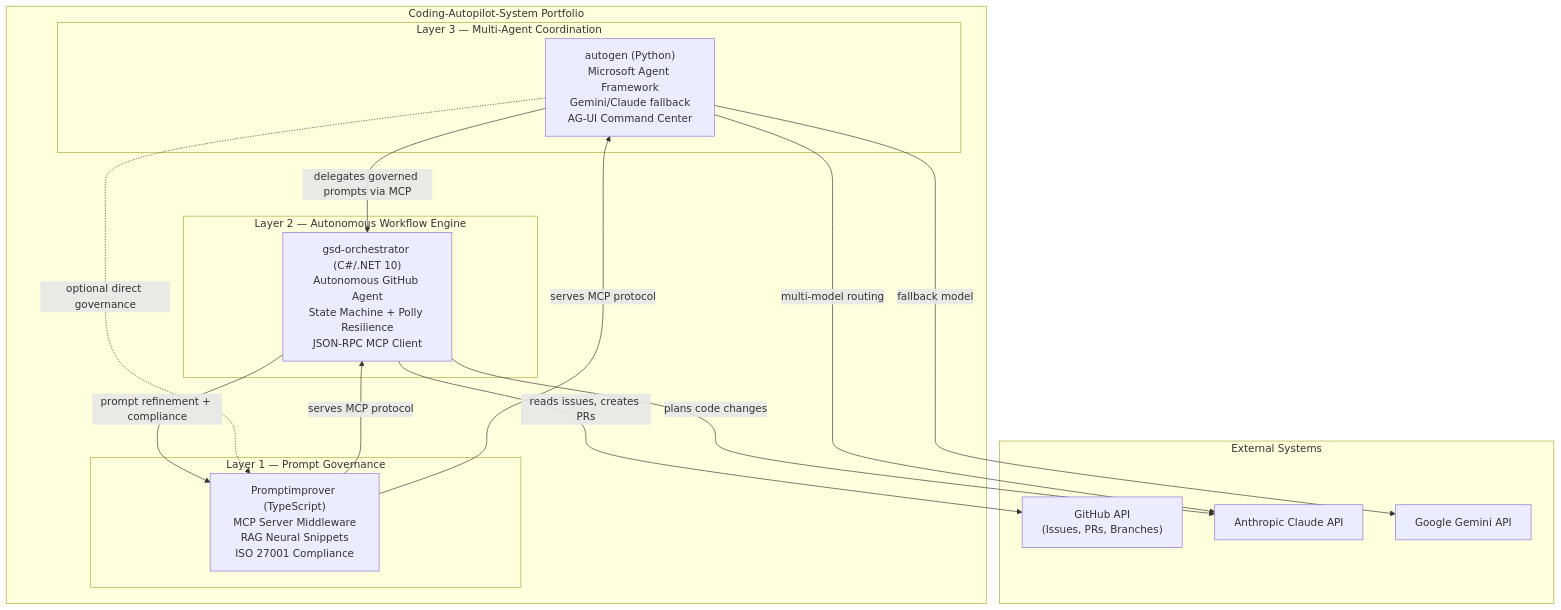
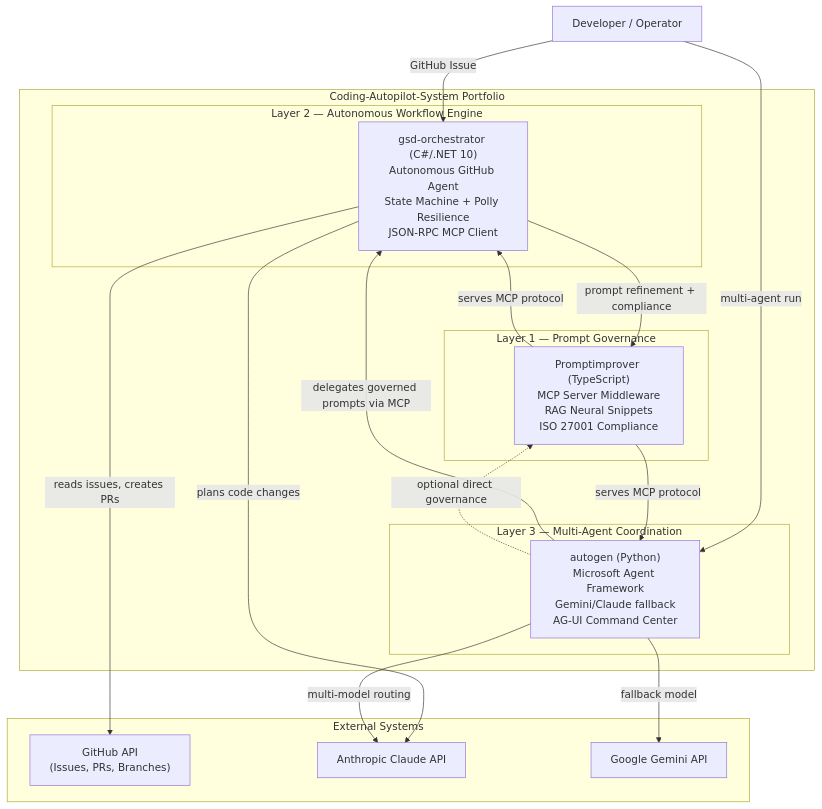
Before and after one commit to Coding-Autopilot-System/.github: the diagram in profile/README.md, drawn with Mermaid.

Commit message:
docs: update org profile diagram with User entry-point node (COH-03)

````diff
--- a/profile/README.md
+++ b/profile/README.md
@@ -11,33 +11,36 @@
 ```mermaid
-graph TB
+graph TD
+    User["Developer / Operator"] -->|"GitHub Issue"| GSD
+    User -->|"multi-agent run"| AG
+
     subgraph "Coding-Autopilot-System Portfolio"
         subgraph "Layer 3 — Multi-Agent Coordination"
             AG["autogen (Python)<br/>Microsoft Agent Framework<br/>Gemini/Claude fallback<br/>AG-UI Command Center"]
         end
 
         subgraph "Layer 2 — Autonomous Workflow Engine"
             GSD["gsd-orchestrator (C#/.NET 10)<br/>Autonomous GitHub Agent<br/>State Machine + Polly Resilience<br/>JSON-RPC MCP Client"]
         end
 
         subgraph "Layer 1 — Prompt Governance"
             PI["Promptimprover (TypeScript)<br/>MCP Server Middleware<br/>RAG Neural Snippets<br/>ISO 27001 Compliance"]
         end
 
         AG -->|"delegates governed prompts via MCP"| GSD
         GSD -->|"prompt refinement + compliance"| PI
         AG -.->|"optional direct governance"| PI
     end
 
     subgraph "External Systems"
         GH["GitHub API<br/>(Issues, PRs, Branches)"]
         CLAUDE["Anthropic Claude API"]
         GEMINI["Google Gemini API"]
     end
 
     GSD -->|"reads issues, creates PRs"| GH
     GSD -->|"plans code changes"| CLAUDE
     AG -->|"multi-model routing"| CLAUDE
     AG -->|"fallback model"| GEMINI
     PI -->|"serves MCP protocol"| GSD
     PI -->|"serves MCP protocol"| AG
 ```
````
